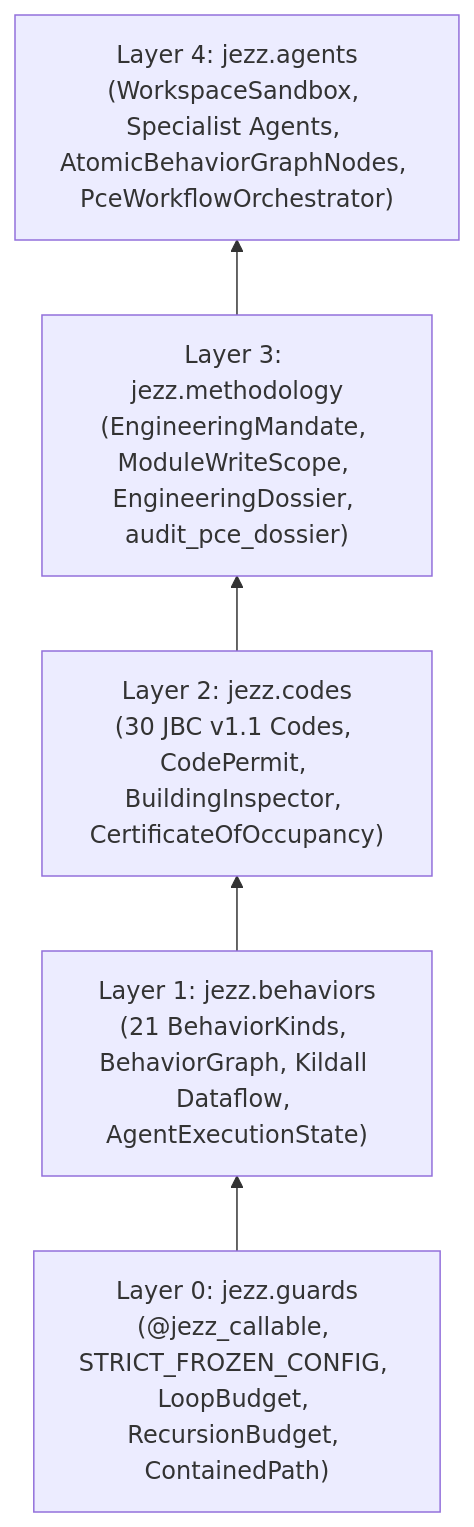
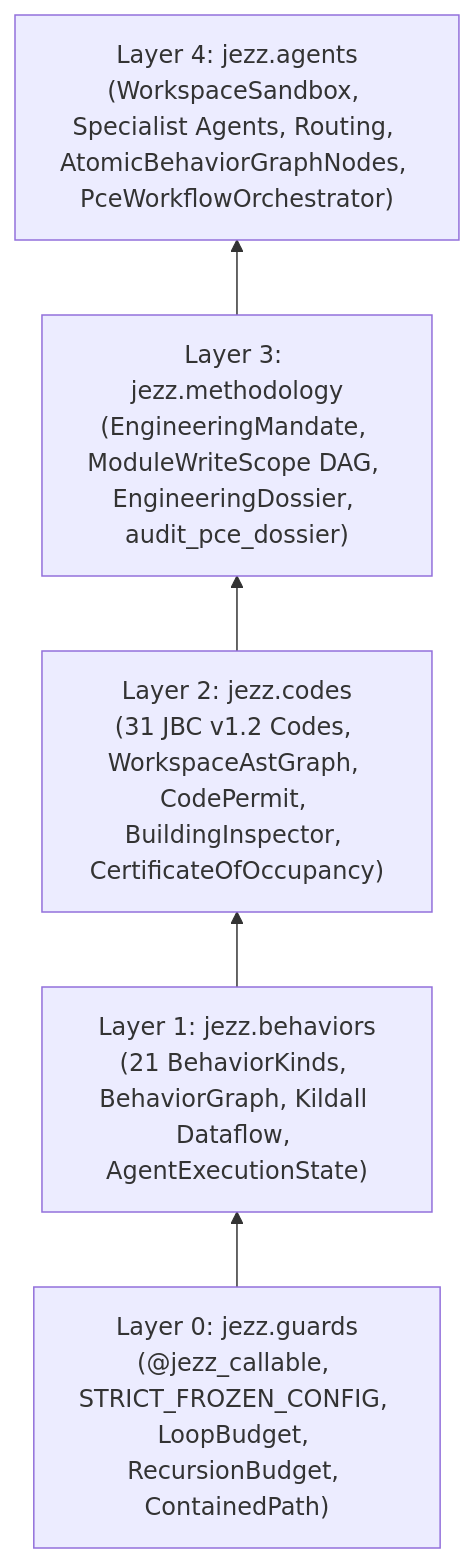
The first of 2 diagrams in docs/pillar-4-pydantic-ai-runtime.md (futileandstupid/jezz), drawn with Mermaid before and after one commit. The commit also changed other lines of this file and 25 other files, not shown here.

````diff
--- a/docs/pillar-4-pydantic-ai-runtime.md
+++ b/docs/pillar-4-pydantic-ai-runtime.md
@@ -16,10 +16,10 @@
 ```mermaid
 flowchart BT
     L0["Layer 0: jezz.guards\n(@jezz_callable, STRICT_FROZEN_CONFIG, LoopBudget, RecursionBudget, ContainedPath)"]
     L1["Layer 1: jezz.behaviors\n(21 BehaviorKinds, BehaviorGraph, Kildall Dataflow, AgentExecutionState)"]
-    L2["Layer 2: jezz.codes\n(30 JBC v1.1 Codes, CodePermit, BuildingInspector, CertificateOfOccupancy)"]
-    L3["Layer 3: jezz.methodology\n(EngineeringMandate, ModuleWriteScope, EngineeringDossier, audit_pce_dossier)"]
-    L4["Layer 4: jezz.agents\n(WorkspaceSandbox, Specialist Agents, AtomicBehaviorGraphNodes, PceWorkflowOrchestrator)"]
+    L2["Layer 2: jezz.codes\n(31 JBC v1.2 Codes, WorkspaceAstGraph, CodePermit, BuildingInspector, CertificateOfOccupancy)"]
+    L3["Layer 3: jezz.methodology\n(EngineeringMandate, ModuleWriteScope DAG, EngineeringDossier, audit_pce_dossier)"]
+    L4["Layer 4: jezz.agents\n(WorkspaceSandbox, Specialist Agents, Routing, AtomicBehaviorGraphNodes, PceWorkflowOrchestrator)"]
 
     L0 --> L1 --> L2 --> L3 --> L4
 ```
````
